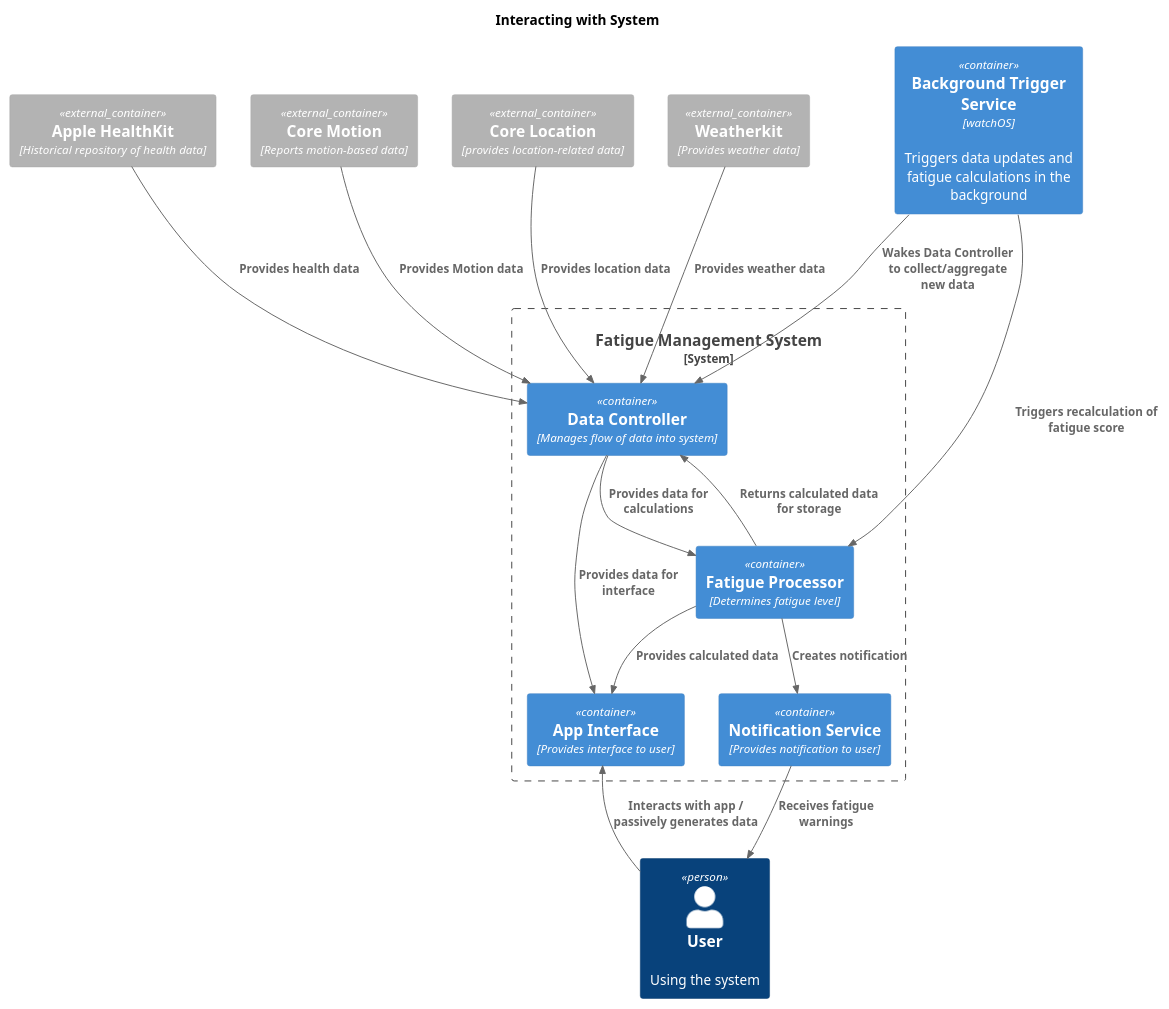
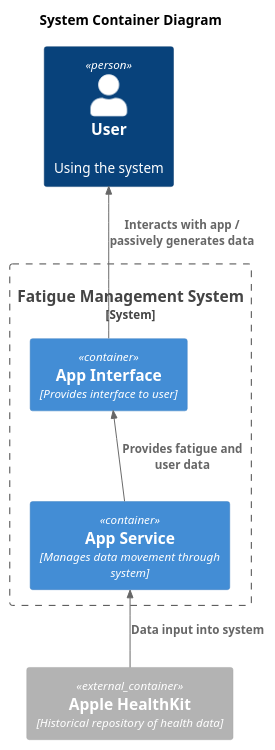
One commit to VC-658-Team/VC-658 changed the diagram in diagrams/container/container-diagram.puml. Above: the diagram before and after it, drawn with PlantUML. The commit also changed 10 other files, not shown here.

First line of the commit message:
Updating diagrams (#13)

```diff
--- a/diagrams/container/container-diagram.puml
+++ b/diagrams/container/container-diagram.puml
@@ -1,45 +1,20 @@
-@startuml Container-diagram
+@startuml container-diagram
 !include  https://raw.githubusercontent.com/plantuml-stdlib/C4-PlantUML/master/C4_Container.puml
 
-title "Interacting with System"
+title "System Container Diagram"
 
 
 Person(user, "User", "Using the system")
 
 System_Boundary(systemCont, "Fatigue Management System") {
-    Container(app, "App Interface", "Provides interface to user") 
-    Container(data, "Data Controller", "Manages flow of data into system")
-    Container(fatigueProc, "Fatigue Processor", "Determines fatigue level")
-    Container(notifications, "Notification Service", "Provides notification to user")
+    Container(ui, "App Interface", "Provides interface to user") 
+    Container(service, "App Service", "Manages data movement through system") 
 }
 
 Container_Ext(healthkit, "Apple HealthKit", "Historical repository of health data")
-Container_Ext(coreMotion, "Core Motion", "Reports motion-based data")
-Container_Ext(coreLocation, "Core Location", "provides location-related data")
-Container_Ext(weatherkit, "Weatherkit", "Provides weather data")
-Container(background, "Background Trigger Service", "watchOS", "Triggers data updates and fatigue calculations in the background")
 
 ' Internal relations
-Rel(user, app, "Interacts with app / passively generates data")
-Rel(data, app, "Provides data for interface")
-Rel(data, fatigueProc, "Provides data for calculations")
-Rel(fatigueProc, data, "Returns calculated data for storage")
-Rel(fatigueProc, notifications, "Creates notification")
-Rel(fatigueProc, app, "Provides calculated data")
-Rel(notifications, user, "Receives fatigue warnings")
-
-
-' External relations
-
-Rel(healthkit, data, "Provides health data")
-Rel(coreMotion, data, "Provides Motion data")
-Rel(coreLocation, data, "Provides location data")
-Rel(weatherkit, data, "Provides weather data")
-
-
-'Background processes
-Rel(background, data, "Wakes Data Controller to collect/aggregate new data")
-Rel(background, fatigueProc, "Triggers recalculation of fatigue score")
-
-
+Rel_U(ui, user, "Interacts with app / passively generates data")
+Rel_U(service, ui, "Provides fatigue and user data")
+Rel_U(healthkit, service, "Data input into system")
 @enduml
```
